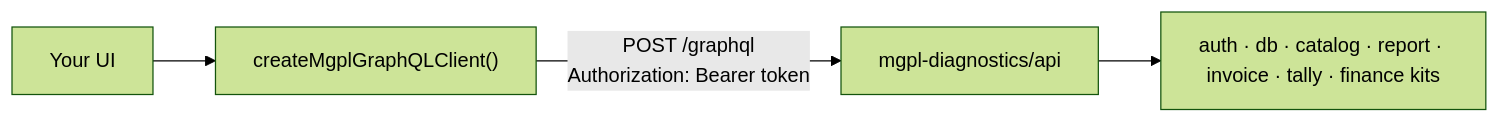
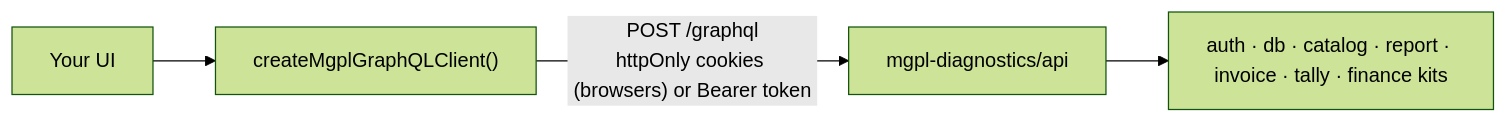
The second of 2 diagrams in README.md (mgpl-diagnostics/client), drawn with Mermaid (forest theme) before and after one commit. The commit also changed other lines of this file and 11 other files, not shown here.

````diff
--- a/README.md
+++ b/README.md
@@ -70,6 +70,6 @@
 ```mermaid
 flowchart LR
   UI["Your UI"] --> G["createMgplGraphQLClient()"]
-  G -- "POST /graphql<br/>Authorization: Bearer token" --> API["mgpl-diagnostics/api"]
+  G -- "POST /graphql<br/>httpOnly cookies (browsers) or Bearer token" --> API["mgpl-diagnostics/api"]
   API --> K["auth · db · catalog · report · invoice · tally · finance kits"]
 ```
````
